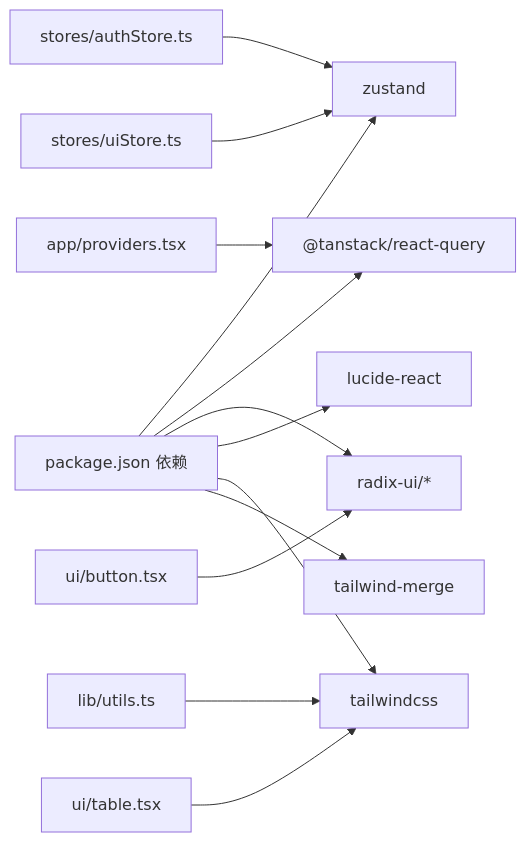
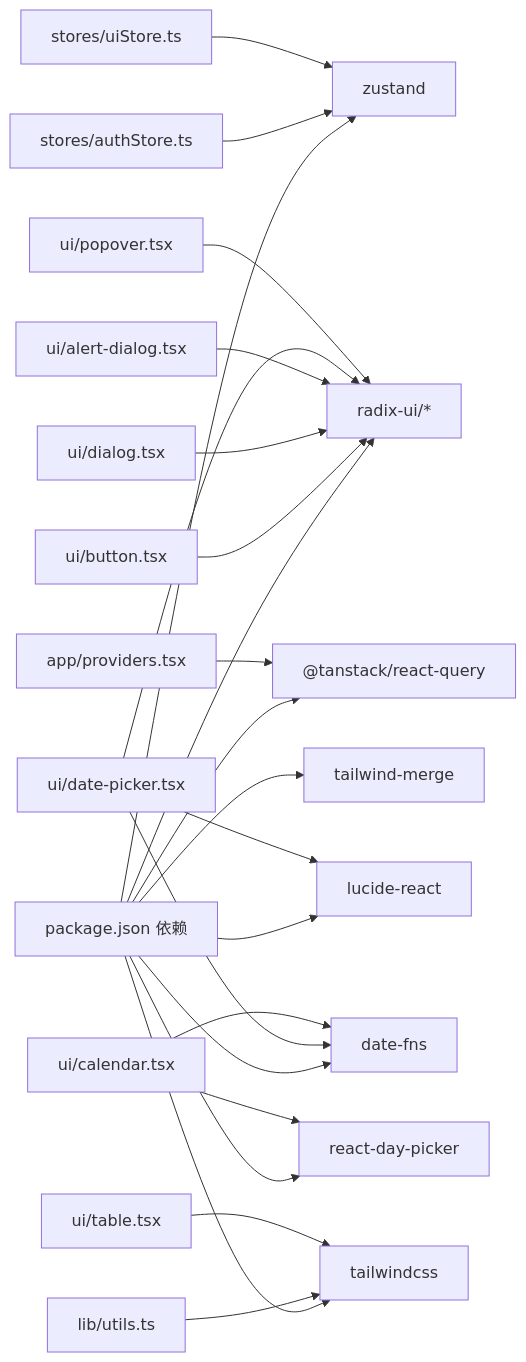
The eighth of 8 diagrams in .qoder/repowiki/zh/content/前端应用架构/组件系统架构/组件系统架构.md (gujialind/InvestRing), drawn with Mermaid before and after one commit. The commit also changed other lines of this file and 97 other files, not shown here.

````diff
--- a/.qoder/repowiki/zh/content/前端应用架构/组件系统架构/组件系统架构.md
+++ b/.qoder/repowiki/zh/content/前端应用架构/组件系统架构/组件系统架构.md
@@ -338,15 +475,25 @@
 ```mermaid
 graph LR
 package["package.json 依赖"] --> zustand["zustand"]
 package --> reactquery["@tanstack/react-query"]
 package --> radix["radix-ui/*"]
 package --> lucide["lucide-react"]
 package --> tailwind["tailwindcss"]
 package --> merge["tailwind-merge"]
+package --> datefns["date-fns"]
+package --> daypicker["react-day-picker"]
 utils["lib/utils.ts"] --> tailwind
 button["ui/button.tsx"] --> radix
 table["ui/table.tsx"] --> tailwind
+dialog["ui/dialog.tsx"] --> radix
+alertDialog["ui/alert-dialog.tsx"] --> radix
+datePicker["ui/date-picker.tsx"] --> datefns
+datePicker --> lucide
+datePicker --> radix
+calendar["ui/calendar.tsx"] --> daypicker
+calendar --> datefns
+popover["ui/popover.tsx"] --> radix
 providers["app/providers.tsx"] --> reactquery
 authStore["stores/authStore.ts"] --> zustand
 uiStore["stores/uiStore.ts"] --> zustand
 ```
````
